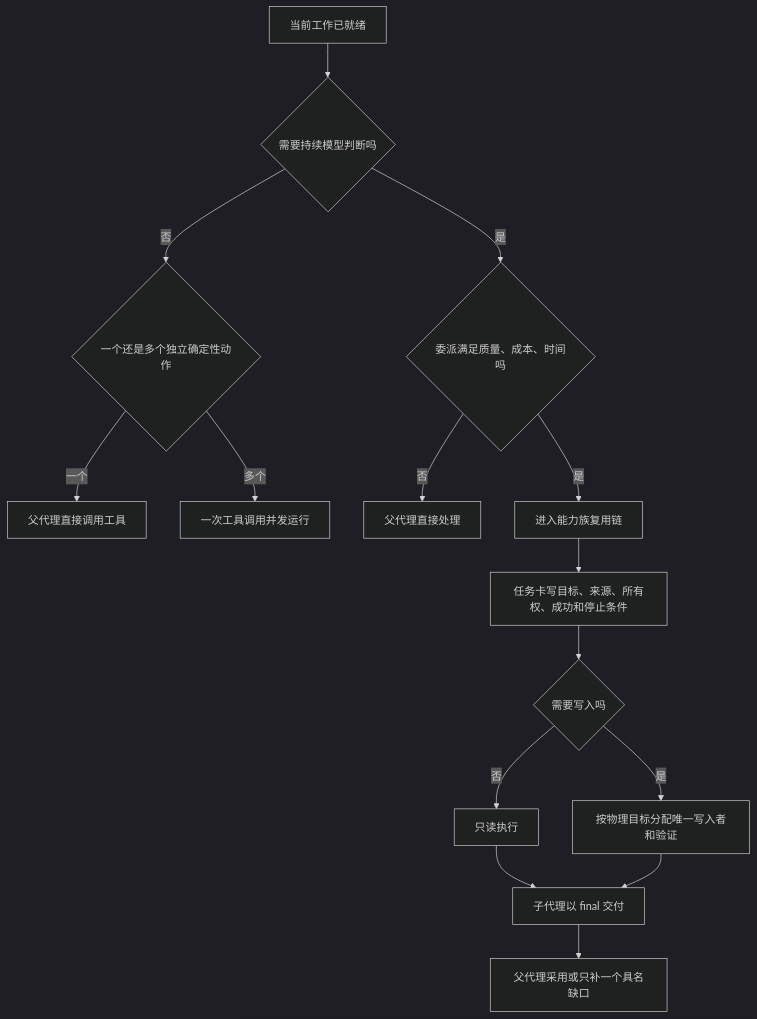
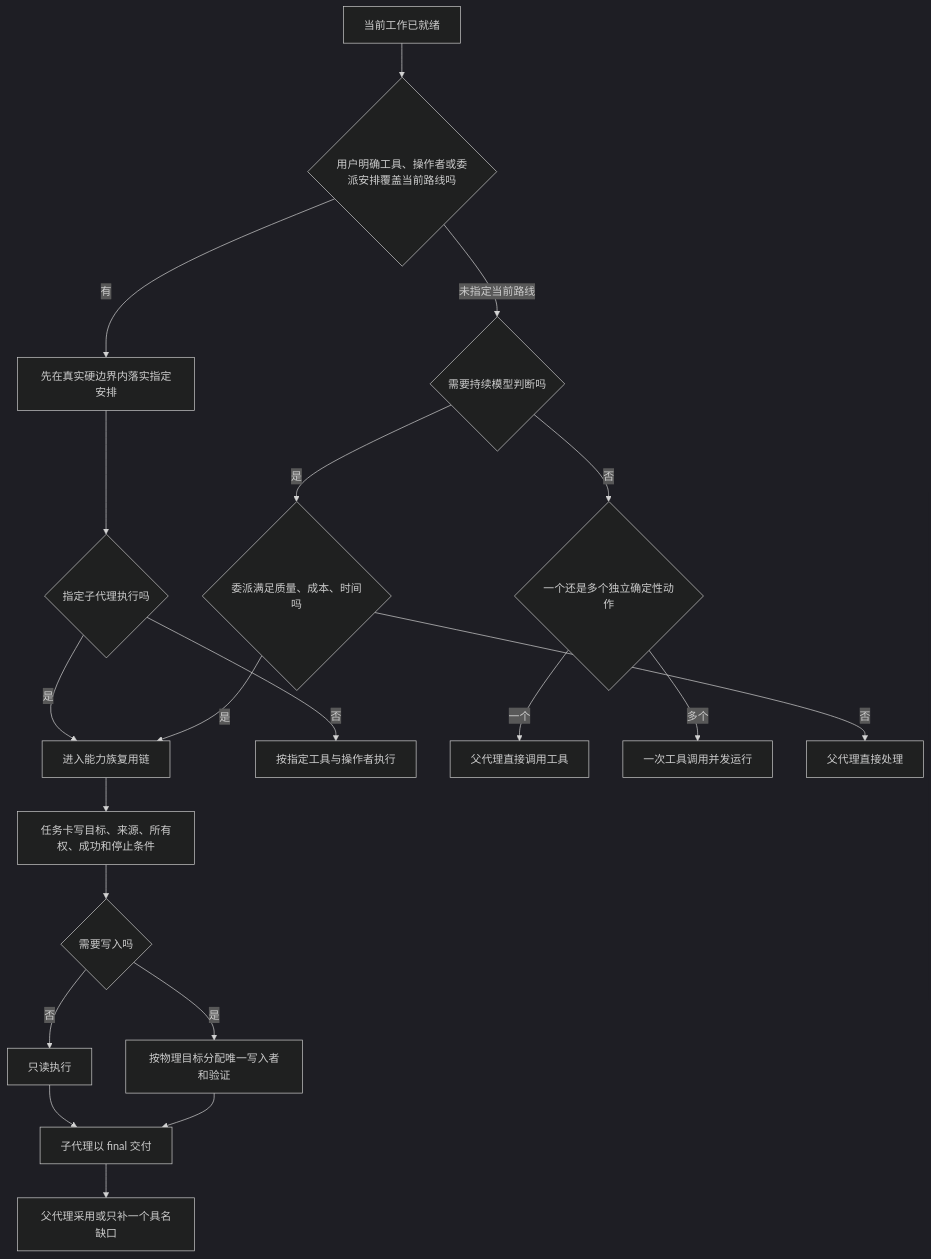
Before and after one commit to Lang45/codex-lean-stack: the second of 17 diagrams in skills/lean-stack/references/flowcharts-zh.md, drawn with Mermaid (dark theme). The commit also changed other lines of this file and 22 other files, not shown here.

````diff
--- a/skills/lean-stack/references/flowcharts-zh.md
+++ b/skills/lean-stack/references/flowcharts-zh.md
@@ -49,17 +56,22 @@
 ```mermaid
 flowchart TD
-    A[当前工作已就绪] --> B{需要持续模型判断吗}
+    A[当前工作已就绪] --> U{用户明确工具、操作者或委派安排覆盖当前路线吗}
+    U -->|有| V[先在真实硬边界内落实指定安排]
+    V --> W{指定子代理执行吗}
+    W -->|是| H[进入能力族复用链]
+    W -->|否| X[按指定工具与操作者执行]
+    U -->|未指定当前路线| B{需要持续模型判断吗}
     B -->|否| C{一个还是多个独立确定性动作}
     C -->|一个| D[父代理直接调用工具]
     C -->|多个| E[一次工具调用并发运行]
     B -->|是| F{委派满足质量、成本、时间吗}
     F -->|否| G[父代理直接处理]
-    F -->|是| H[进入能力族复用链]
+    F -->|是| H
     H --> I[任务卡写目标、来源、所有权、成功和停止条件]
     I --> J{需要写入吗}
     J -->|否| K[只读执行]
     J -->|是| L[按物理目标分配唯一写入者和验证]
     K --> M[子代理以 final 交付]
     L --> M
     M --> N[父代理采用或只补一个具名缺口]
 ```
````
